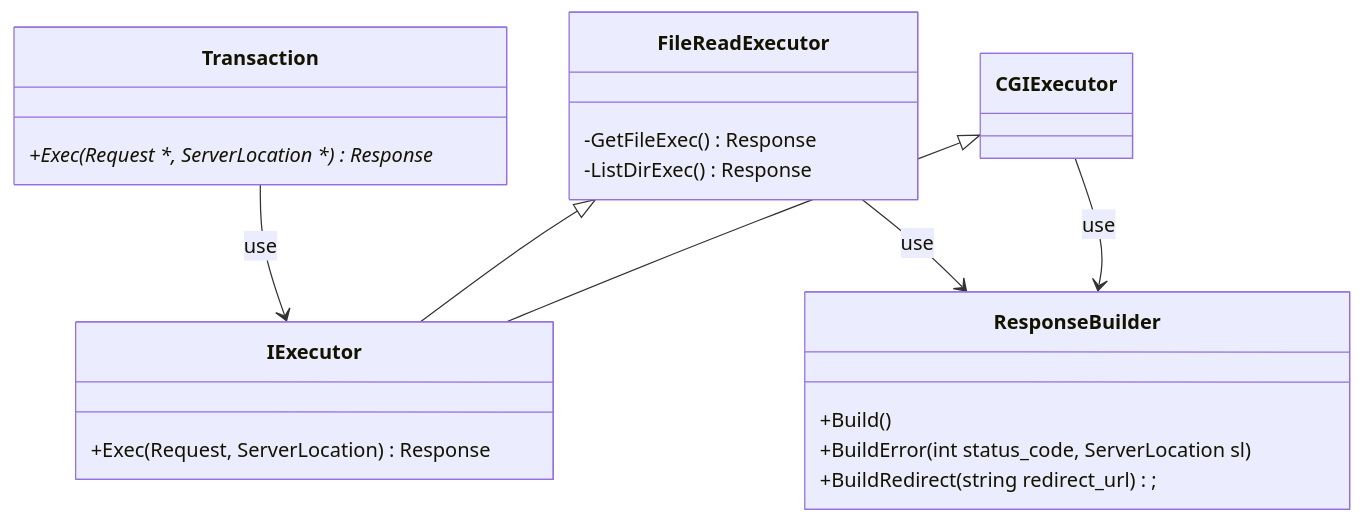
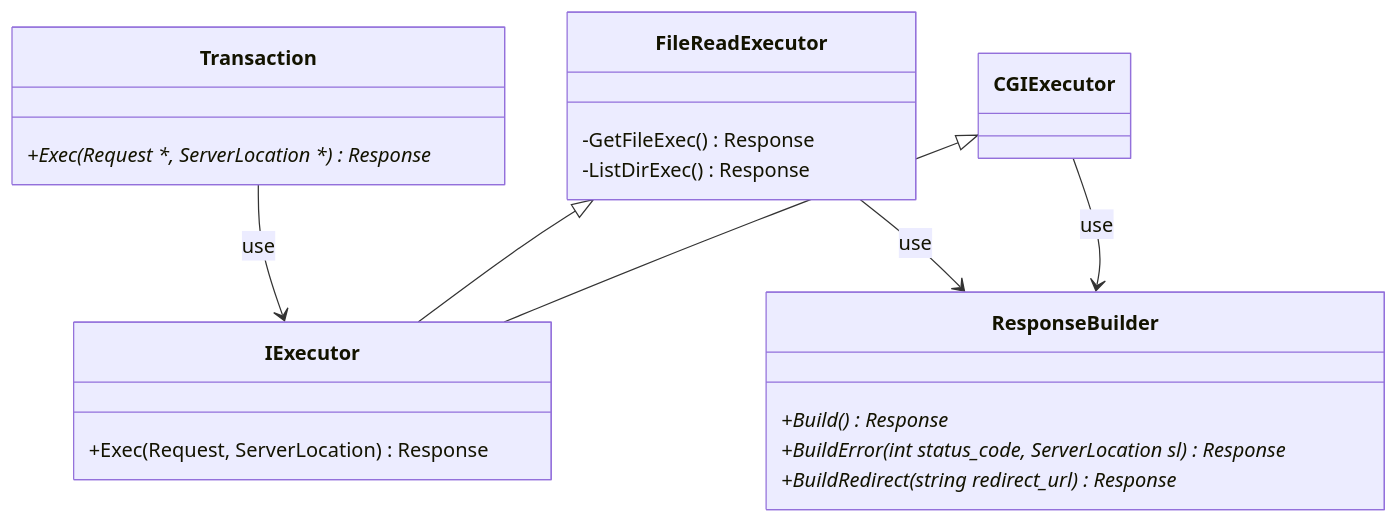
One commit to katataku/webserv changed the diagram in docs/class/transaction_class.md. Above: the diagram before and after it, drawn with Mermaid. The commit also changed 2 other files, not shown here.

Commit message:
feat: ResponseBuilderを追加

````diff
--- a/docs/class/transaction_class.md
+++ b/docs/class/transaction_class.md
@@ -1,34 +1,33 @@
 ```mermaid
 classDiagram
     CGIExecutor <|-- IExecutor
     FileReadExecutor <|-- IExecutor
 
     Transaction --> IExecutor : use
     CGIExecutor --> ResponseBuilder : use
     FileReadExecutor --> ResponseBuilder : use
 
     class FileReadExecutor {
 		-GetFileExec() Response
 		-ListDirExec() Response
     }
 
     class CGIExecutor {
     }
 
     class IExecutor {
         +Exec(Request, ServerLocation) Response
     }
 
 
     class Transaction {
         +Exec(Request *, ServerLocation *) Response*
     }
 
 	%% status_code, server_location &&
     class ResponseBuilder {
-        +Build()
-		+BuildError(int status_code, ServerLocation sl)
-		+BuildRedirect(string redirect_url);
+        +Build() Response*
+		+BuildError(int status_code, ServerLocation sl) Response*
+		+BuildRedirect(string redirect_url) Response*
     }
-
 ```
````
